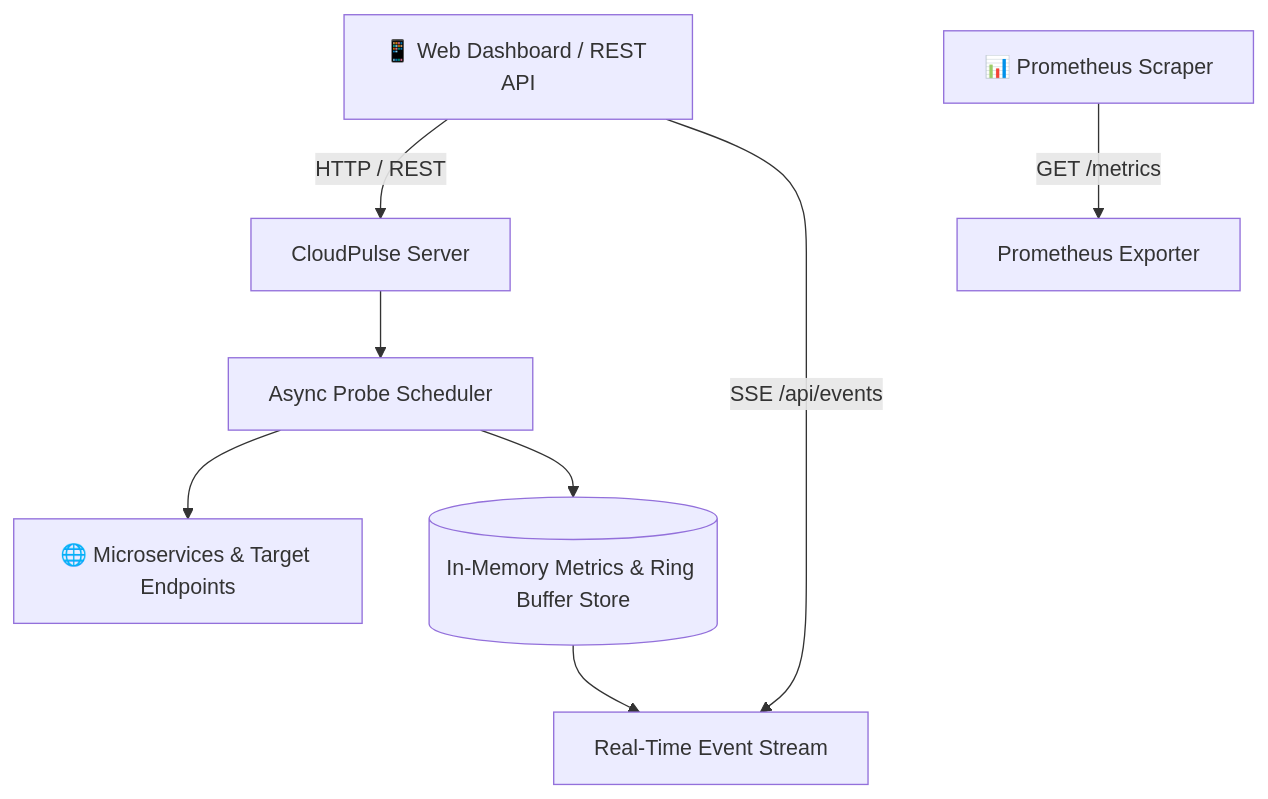
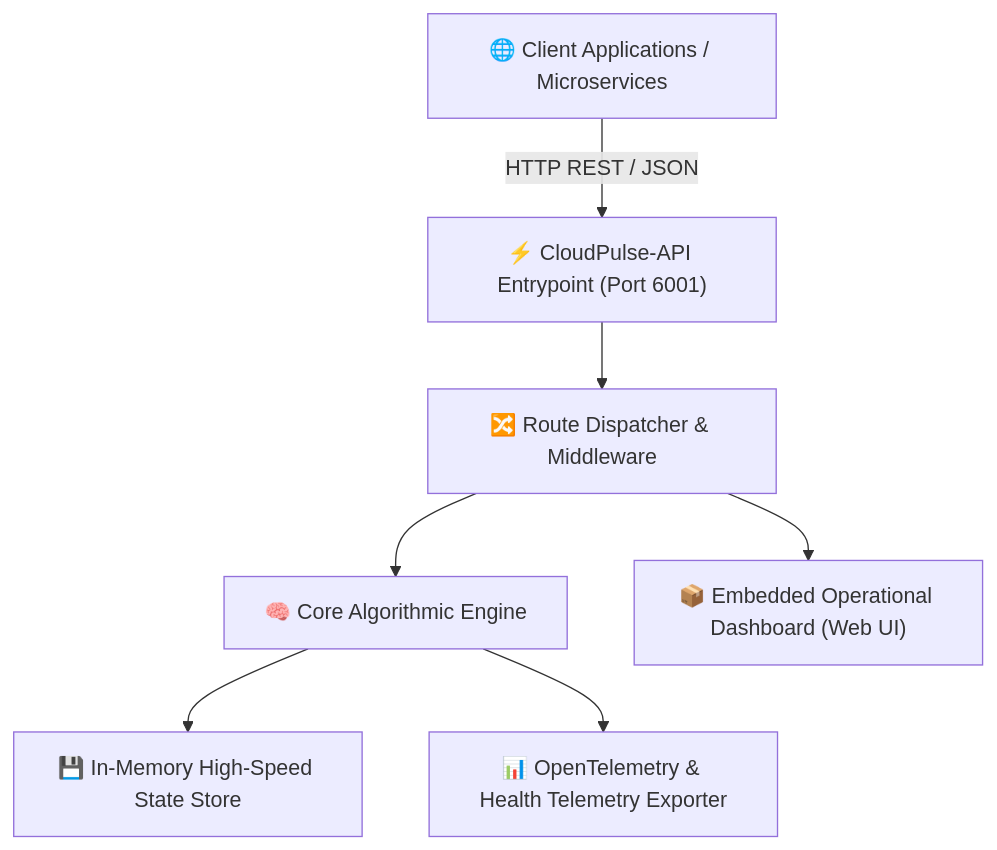
One commit to alinurettin/CloudPulse-API changed the diagram in README.md. Above: the diagram before and after it, drawn with Mermaid. The commit also changed other lines of this file and 4 other files, not shown here.

````diff
--- a/README.md
+++ b/README.md
@@ -27,11 +22,9 @@
 ```mermaid
 flowchart TD
-    Client[📱 Web Dashboard / REST API] -->|HTTP / REST| Srv[CloudPulse Server]
-    Client -->|SSE /api/events| SSEHub[Real-Time Event Stream]
-    Prom[📊 Prometheus Scraper] -->|GET /metrics| PromExp[Prometheus Exporter]
-
-    Srv --> Prober[Async Probe Scheduler]
-    Prober --> Endpoints[🌐 Microservices & Target Endpoints]
-    Prober --> Store[(In-Memory Metrics & Ring Buffer Store)]
-    Store --> SSEHub
+    Client["🌐 Client Applications / Microservices"] -->|HTTP REST / JSON| Gateway["⚡ CloudPulse-API Entrypoint (Port 6001)"]
+    Gateway --> Router["🔀 Route Dispatcher & Middleware"]
+    Router --> Engine["🧠 Core Algorithmic Engine"]
+    Engine --> Storage["💾 In-Memory High-Speed State Store"]
+    Router --> Static["📦 Embedded Operational Dashboard (Web UI)"]
+    Engine --> Metrics["📊 OpenTelemetry & Health Telemetry Exporter"]
 ```
````
